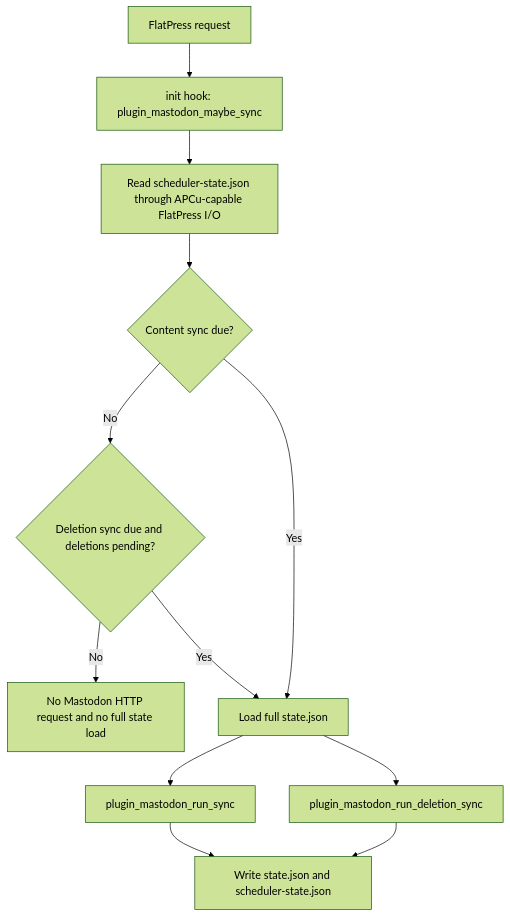
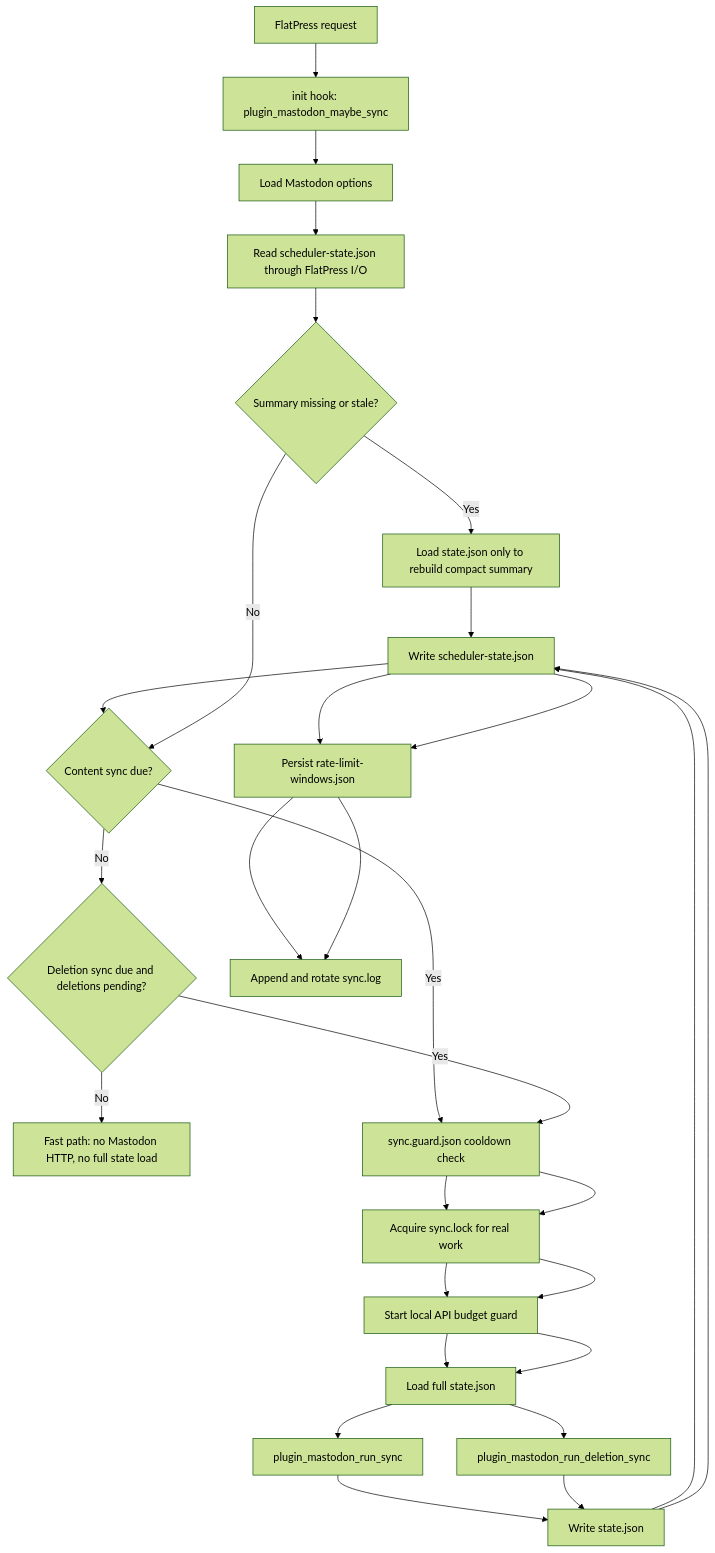
One commit to flatpressblog/flatpress changed the first of 32 diagrams in fp-plugins/mastodon/Plugin-Process-Flow.md. Above: the diagram before and after it, drawn with Mermaid (forest theme). The commit also changed other lines of this file and 4 other files, not shown here.

````diff
--- a/fp-plugins/mastodon/Plugin-Process-Flow.md
+++ b/fp-plugins/mastodon/Plugin-Process-Flow.md
@@ -12,21 +31,32 @@
 ```mermaid
 flowchart TD
     Request["FlatPress request"]
     Init["init hook: plugin_mastodon_maybe_sync"]
-    SchedulerRead["Read scheduler-state.json through APCu-capable FlatPress I/O"]
+    Options["Load Mastodon options"]
+    SchedulerRead["Read scheduler-state.json through FlatPress I/O"]
+    SchedulerStale{"Summary missing or stale?"}
+    FullStateForSummary["Load state.json only to rebuild compact summary"]
     Due{"Content sync due?"}
     DeleteDue{"Deletion sync due and deletions pending?"}
-    NoWork["No Mastodon HTTP request and no full state load"]
+    NoWork["Fast path: no Mastodon HTTP, no full state load"]
+    Lock["Acquire sync.lock for real work"]
+    GuardFile["sync.guard.json cooldown check"]
+    RateGuard["Start local API budget guard"]
     FullState["Load full state.json"]
     ContentSync["plugin_mastodon_run_sync"]
     DeletionSync["plugin_mastodon_run_deletion_sync"]
-    StateWrite["Write state.json and scheduler-state.json"]
+    StateWrite["Write state.json"]
+    SchedulerWrite["Write scheduler-state.json"]
+    RateWindow["Persist rate-limit-windows.json"]
+    Log["Append and rotate sync.log"]
 
-    Request --> Init
-    Init --> SchedulerRead
-    SchedulerRead --> Due
+    Request --> Init --> Options --> SchedulerRead --> SchedulerStale
+    SchedulerStale -- "Yes" --> FullStateForSummary --> SchedulerWrite --> Due
+    SchedulerStale -- "No" --> Due
     Due -- "No" --> DeleteDue
     DeleteDue -- "No" --> NoWork
-    Due -- "Yes" --> FullState --> ContentSync --> StateWrite
-    DeleteDue -- "Yes" --> FullState --> DeletionSync --> StateWrite
+    Due -- "Yes" --> GuardFile --> Lock --> RateGuard --> FullState --> ContentSync
+    DeleteDue -- "Yes" --> GuardFile --> Lock --> RateGuard --> FullState --> DeletionSync
+    ContentSync --> StateWrite --> SchedulerWrite --> RateWindow --> Log
+    DeletionSync --> StateWrite --> SchedulerWrite --> RateWindow --> Log
 ```
````
